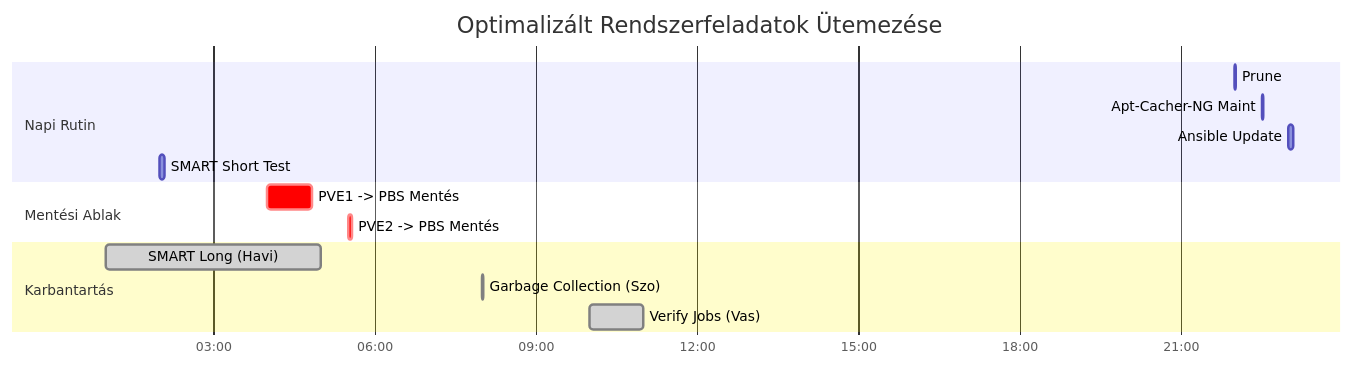
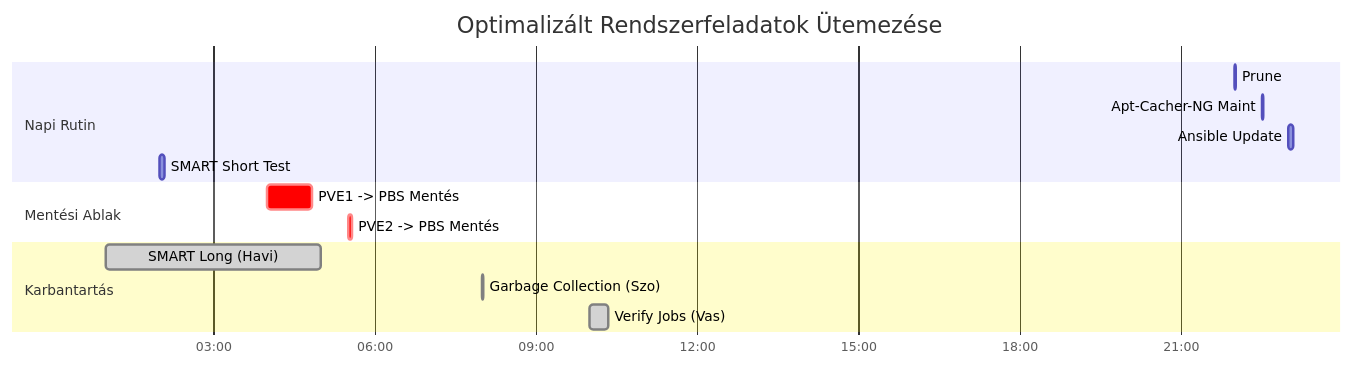
Before and after one commit to torokrolf/homelab: the second of 2 diagrams in 13-Design_Decisions/README_HU.md, drawn with Mermaid. The commit also changed other lines of this file, not shown here.

````diff
--- a/13-Design_Decisions/README_HU.md
+++ b/13-Design_Decisions/README_HU.md
@@ -138,22 +138,22 @@
 ```mermaid
 gantt
     title Optimalizált Rendszerfeladatok Ütemezése
     dateFormat  HH:mm
     axisFormat  %H:%M
     todayMarker off
 
     section Napi Rutin
     Prune                        : 22:00, 1m
     Apt-Cacher-NG Maint          : 22:30, 1m
     Ansible Update               : 23:00, 5m
     SMART Short Test             : 02:00, 5m
 
     section Mentési Ablak
     PVE1 -> PBS Mentés           :crit, 04:00, 50m
     PVE2 -> PBS Mentés           :crit, 05:30, 5m
 
     section Karbantartás
     SMART Long (Havi)            :done, 01:00, 4h
     Garbage Collection (Szo)     :done, 08:00, 1m
-    Verify Jobs (Vas)            :done, 10:00, 1h
+    Verify Jobs (Vas)            :done, 10:00, 20m
 ```
````
